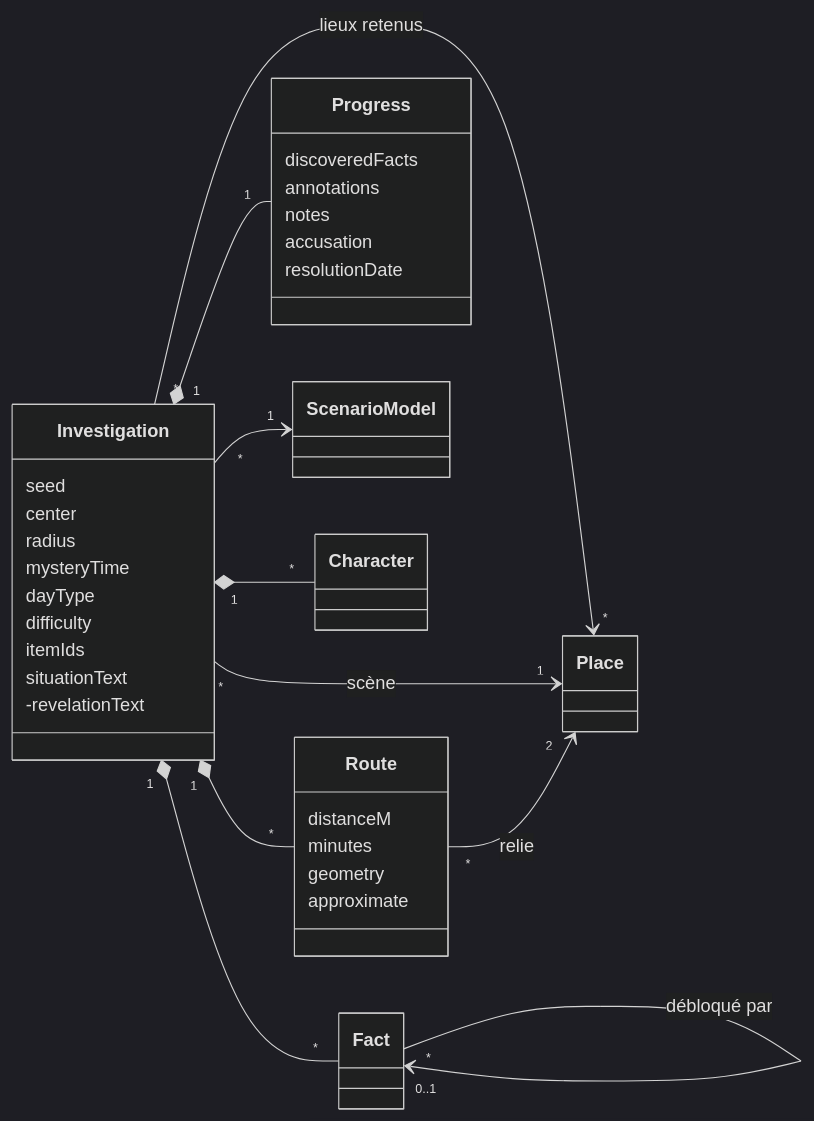
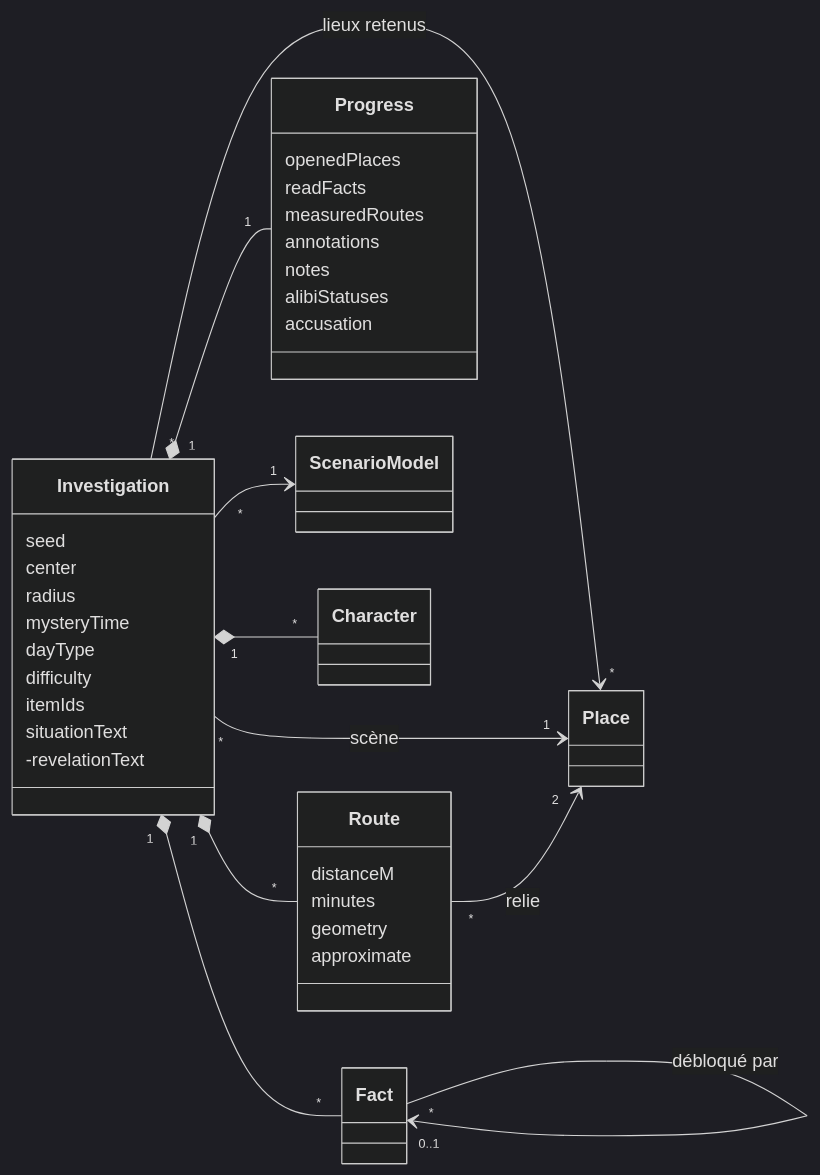
One commit to akartikus/pistouil changed the fourth of 4 diagrams in docs/reference/DATA-MODEL.md. Above: the diagram before and after it, drawn with Mermaid (dark theme). The commit also changed other lines of this file and 13 other files, not shown here.

````diff
--- a/docs/reference/DATA-MODEL.md
+++ b/docs/reference/DATA-MODEL.md
@@ -201,37 +201,39 @@
 ```mermaid
 classDiagram
   direction LR
   class Investigation {
     seed
     center
     radius
     mysteryTime
     dayType
     difficulty
     itemIds
     situationText
     -revelationText
   }
   class Route {
     distanceM
     minutes
     geometry
     approximate
   }
   class Progress {
-    discoveredFacts
+    openedPlaces
+    readFacts
+    measuredRoutes
     annotations
     notes
+    alibiStatuses
     accusation
-    resolutionDate
   }
   Investigation "*" --> "1" ScenarioModel
   Investigation "*" --> "*" Place : lieux retenus
   Investigation "*" --> "1" Place : scène
   Investigation "1" *-- "*" Character
   Investigation "1" *-- "*" Fact
   Investigation "1" *-- "*" Route
   Investigation "1" *-- "1" Progress
   Route "*" --> "2" Place : relie
   Fact "*" --> "0..1" Fact : débloqué par
 ```
````
